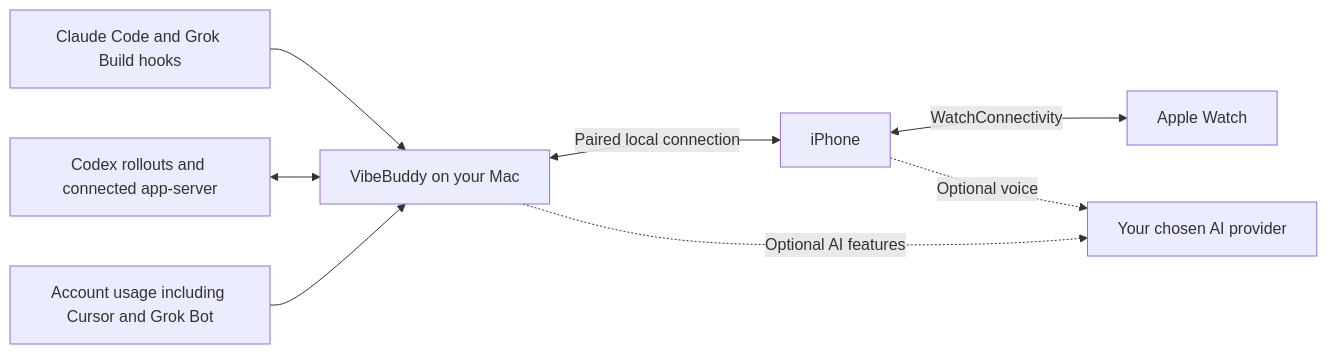
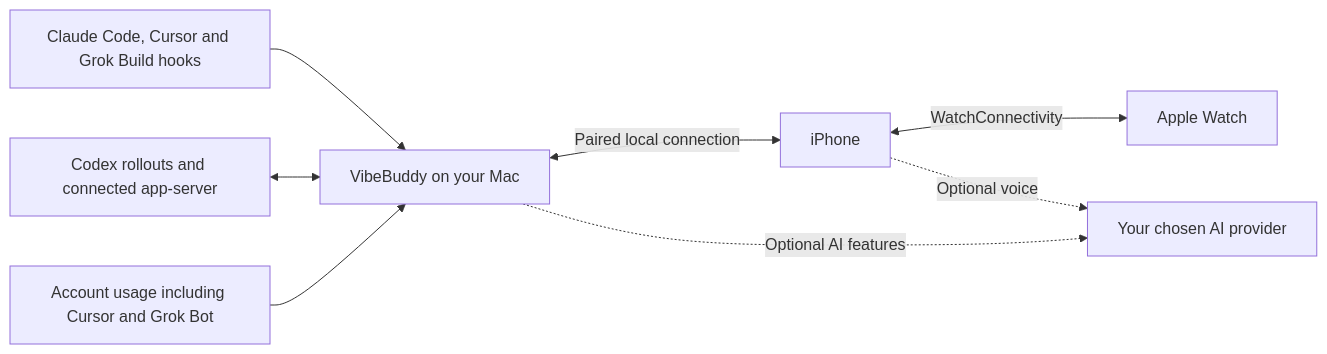
Before and after one commit to semantic-craft/iOS-vibebuddy: the diagram in README.md, drawn with Mermaid. The commit also changed other lines of this file and 1 other file, not shown here.

````diff
--- a/README.md
+++ b/README.md
@@ -109,10 +106,10 @@
 ```mermaid
 flowchart LR
-    A[Claude Code and Grok Build hooks] --> M[VibeBuddy on your Mac]
+    A[Claude Code, Cursor and Grok Build hooks] --> M[VibeBuddy on your Mac]
     C[Codex rollouts and connected app-server] <--> M
     U[Account usage including Cursor and Grok Bot] --> M
     M <-->|Paired local connection| P[iPhone]
     P <-->|WatchConnectivity| W[Apple Watch]
     M -. Optional AI features .-> V[Your chosen AI provider]
     P -. Optional voice .-> V
 ```
````
